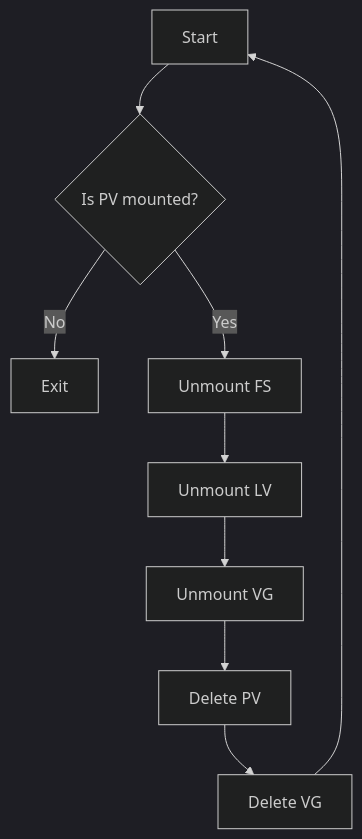
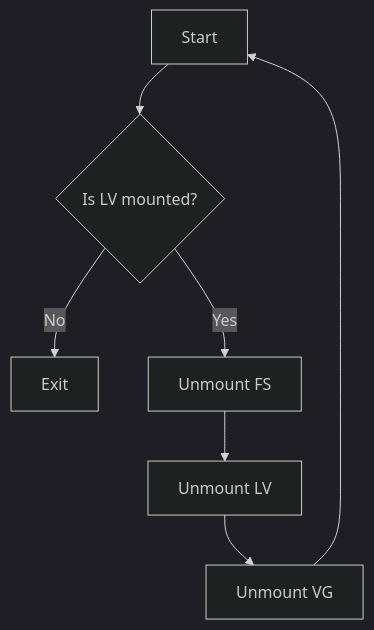
The third of 3 diagrams in README.md (emmahone/LVM-Operator-overview), drawn with Mermaid (dark theme) before and after one commit.

Commit message:
Update unmount flowchart

````diff
--- a/README.md
+++ b/README.md
@@ -311,11 +311,9 @@
   ```mermaid
   graph TD
-  A[Start] --> B{Is PV mounted?}
+  A[Start] --> B{Is LV mounted?}
   B --> |No| C[Exit]
   B --> |Yes| D[Unmount FS]
   D --> E[Unmount LV]
   E --> F[Unmount VG]
-  F --> G[Delete PV]
-  G --> H[Delete VG]
-  H --> A
+  F --> A
   ```
````
